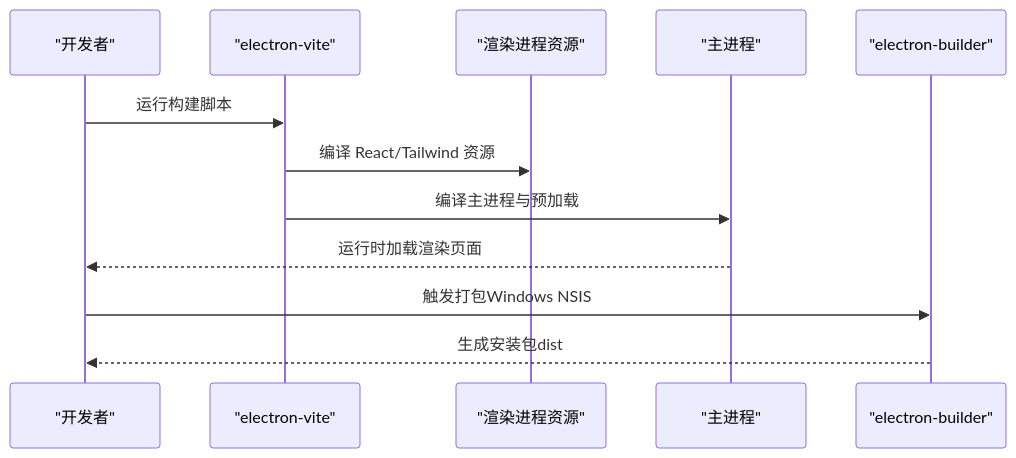
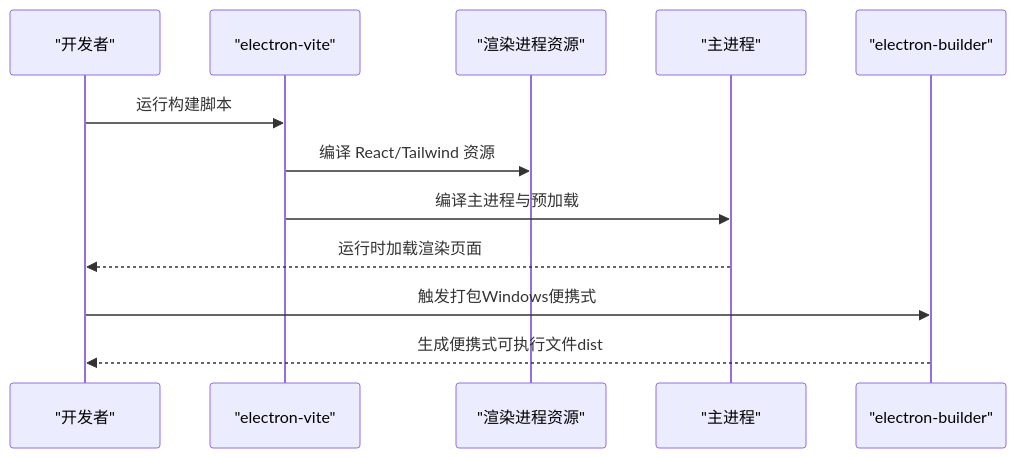
The second of 5 diagrams in .qoder/repowiki/zh/content/配置与部署/打包设置.md (remgasuki/ReDoPhoto), drawn with Mermaid before and after one commit. The commit also changed other lines of this file and 20 other files, not shown here.

````diff
--- a/.qoder/repowiki/zh/content/配置与部署/打包设置.md
+++ b/.qoder/repowiki/zh/content/配置与部署/打包设置.md
@@ -104,14 +99,14 @@
 ```mermaid
 sequenceDiagram
 participant Dev as "开发者"
 participant Vite as "electron-vite"
 participant Renderer as "渲染进程资源"
 participant Main as "主进程"
 participant EB as "electron-builder"
 Dev->>Vite : 运行构建脚本
 Vite->>Renderer : 编译 React/Tailwind 资源
 Vite->>Main : 编译主进程与预加载
 Main-->>Dev : 运行时加载渲染页面
-Dev->>EB : 触发打包Windows NSIS
-EB-->>Dev : 生成安装包dist
+Dev->>EB : 触发打包Windows便携式
+EB-->>Dev : 生成便携式可执行文件dist
 ```
````
